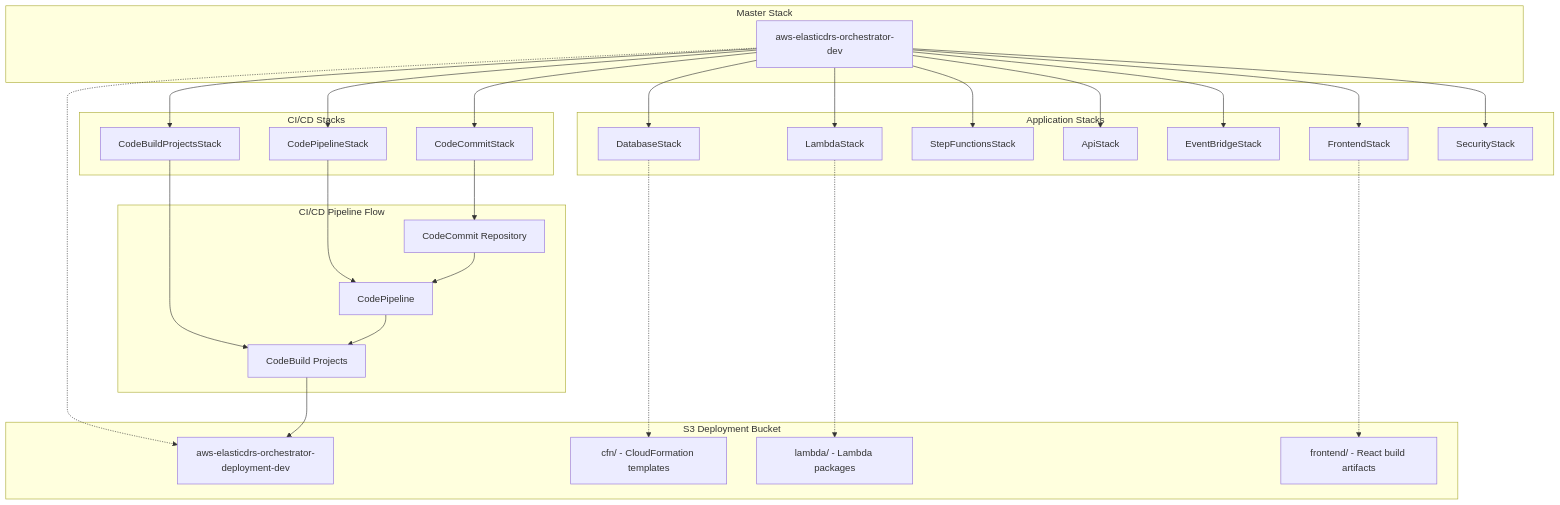
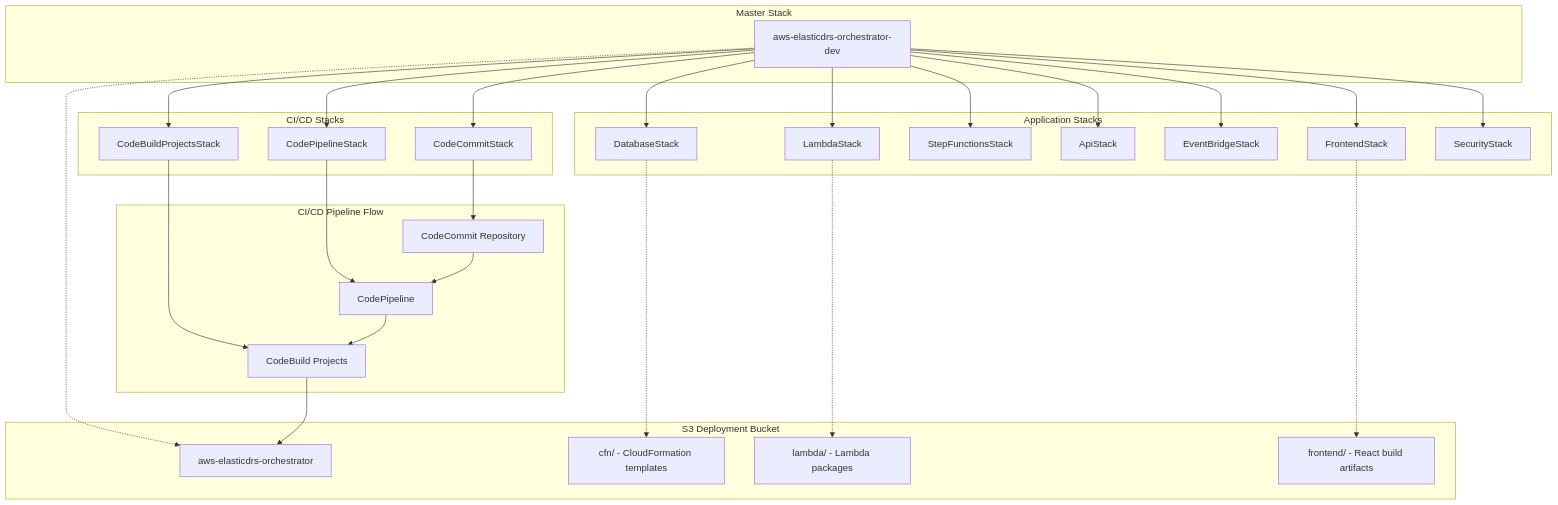
The diagram in .kiro/specs/fresh-deployment/design.md (johnjcousens/aws-elasticdrs-orchestrator), drawn with Mermaid before and after one commit. The commit also changed other lines of this file and 25 other files, not shown here.

````diff
--- a/.kiro/specs/fresh-deployment/design.md
+++ b/.kiro/specs/fresh-deployment/design.md
@@ -25,58 +25,58 @@
 ```mermaid
 graph TB
     subgraph "Master Stack"
         MS[aws-elasticdrs-orchestrator-dev]
     end
     
     subgraph "Application Stacks"
         DB[DatabaseStack]
         LM[LambdaStack]
         SF[StepFunctionsStack]
         API[ApiStack]
         EB[EventBridgeStack]
         FE[FrontendStack]
         SEC[SecurityStack]
     end
     
     subgraph "CI/CD Stacks"
         CC[CodeCommitStack]
         CP[CodePipelineStack]
         CB[CodeBuildProjectsStack]
     end
     
     subgraph "S3 Deployment Bucket"
-        S3[aws-elasticdrs-orchestrator-deployment-dev]
+        S3[aws-elasticdrs-orchestrator]
         S3CFN[cfn/ - CloudFormation templates]
         S3LAM[lambda/ - Lambda packages]
         S3FE[frontend/ - React build artifacts]
     end
     
     subgraph "CI/CD Pipeline Flow"
         REPO[CodeCommit Repository]
         PIPE[CodePipeline]
         BUILD[CodeBuild Projects]
     end
     
     MS --> DB
     MS --> LM
     MS --> SF
     MS --> API
     MS --> EB
     MS --> FE
     MS --> SEC
     MS --> CC
     MS --> CP
     MS --> CB
     
     MS -.-> S3
     DB -.-> S3CFN
     LM -.-> S3LAM
     FE -.-> S3FE
     
     CC --> REPO
     CP --> PIPE
     CB --> BUILD
     REPO --> PIPE
     PIPE --> BUILD
     BUILD --> S3
 ```
````
